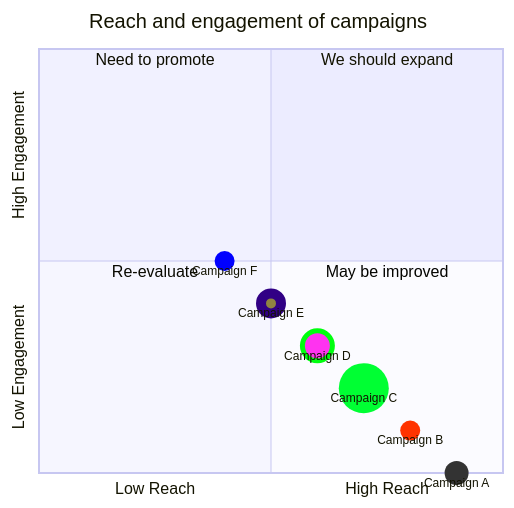
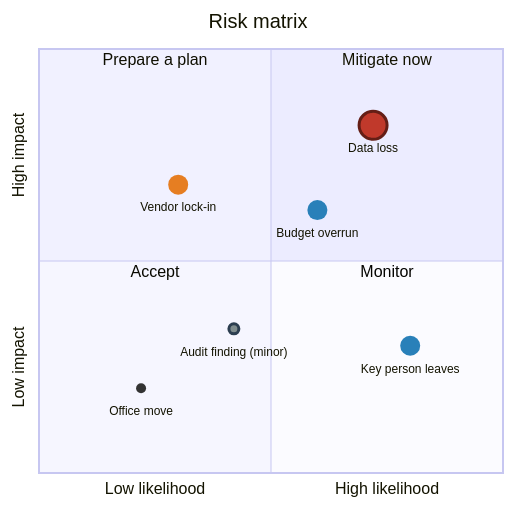
One commit to hgrabows/diagrammer-skills changed the third of 4 diagrams in skills/diagrammer/specs/mermaid/quadrantChart.md. Above: the diagram before and after it, drawn with Mermaid. The commit also changed other lines of this file and 127 other files, not shown here.

First line of the commit message:
feat: audit all specs, add example gallery, fix PlantUML and Gantt rendering

````diff
--- a/skills/diagrammer/specs/mermaid/quadrantChart.md
+++ b/skills/diagrammer/specs/mermaid/quadrantChart.md
@@ -71,19 +107,23 @@
 ```mermaid
+---
+config:
+  quadrantChart:
+    pointTextPadding: 18
+---
 quadrantChart
-  title Reach and engagement of campaigns
-  x-axis Low Reach --> High Reach
-  y-axis Low Engagement --> High Engagement
-  quadrant-1 We should expand
-  quadrant-2 Need to promote
-  quadrant-3 Re-evaluate
-  quadrant-4 May be improved
-  Campaign A: [0.9, 0.0] radius: 12
-  Campaign B:::class1: [0.8, 0.1] color: #ff3300, radius: 10
-  Campaign C: [0.7, 0.2] radius: 25, color: #00ff33, stroke-color: #10f0f0
-  Campaign D: [0.6, 0.3] radius: 15, stroke-color: #00ff0f, stroke-width: 5px ,color: #ff33f0
-  Campaign E:::class2: [0.5, 0.4]
-  Campaign F:::class3: [0.4, 0.5] color: #0000ff
-  classDef class1 color: #109060
-  classDef class2 color: #908342, radius : 10, stroke-color: #310085, stroke-width: 10px
-  classDef class3 color: #f00fff, radius : 10
+    title Risk matrix
+    x-axis Low likelihood --> High likelihood
+    y-axis Low impact --> High impact
+    quadrant-1 Mitigate now
+    quadrant-2 Prepare a plan
+    quadrant-3 Accept
+    quadrant-4 Monitor
+    Data loss:::critical: [0.72, 0.82]
+    Vendor lock-in: [0.30, 0.68] color: #e67e22, radius: 10
+    Key person leaves:::watch: [0.80, 0.30]
+    Budget overrun:::watch: [0.60, 0.62]
+    Office move: [0.22, 0.20]
+    "Audit finding (minor)": [0.42, 0.34] color: #7f8c8d, stroke-color: #2c3e50, stroke-width: 3px
+    classDef critical color: #c0392b, radius: 14, stroke-color: #641e16, stroke-width: 3px
+    classDef watch color: #2980b9, radius: 10
 ```
````
